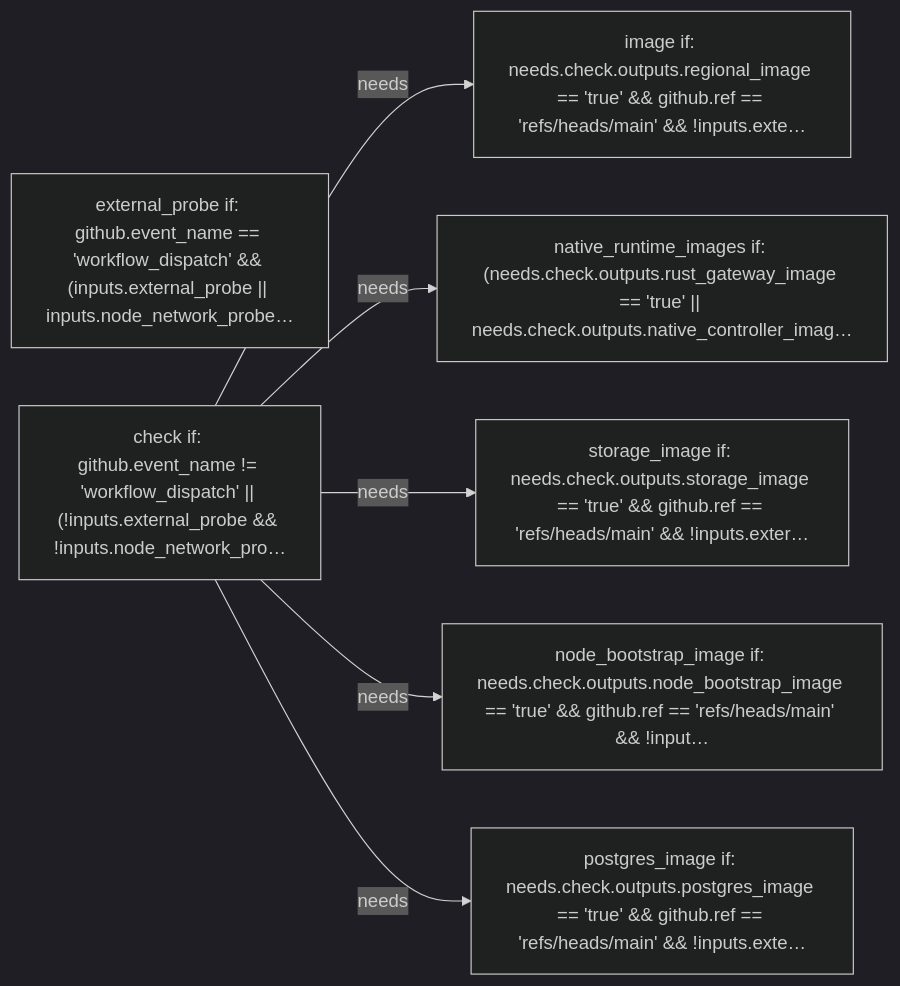
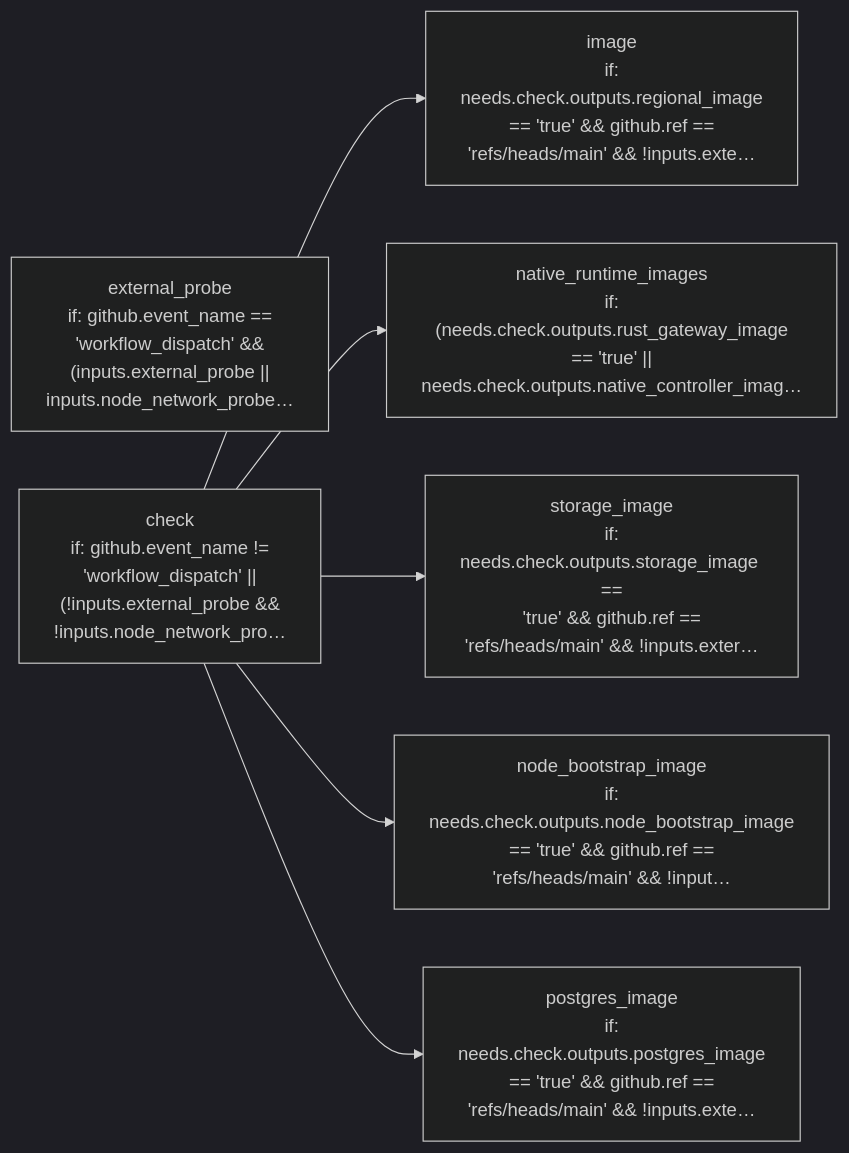
Before and after one commit to amerged-org/cloudflare-postgres: the diagram in docs/architecture/mermaider/ci-pipeline.mmd, drawn with Mermaid (dark theme). The commit also changed 15 other files, not shown here.

First line of the commit message:
docs: regenerate architecture diagrams with Mermaider 0.1.1

```diff
--- a/docs/architecture/mermaider/ci-pipeline.mmd
+++ b/docs/architecture/mermaider/ci-pipeline.mmd
@@ -1,13 +1,13 @@
 flowchart LR
-    n_e34ac7a1f534["node_bootstrap_image if: needs.check.outputs.node_bootstrap_image == 'true' #38;#38; github.ref == 'refs/heads/main' #38;#38; !input…"]
-    n_ae6278aee13d["image if: needs.check.outputs.regional_image == 'true' #38;#38; github.ref == 'refs/heads/main' #38;#38; !inputs.exte…"]
-    n_3cbfbc22e3a1["native_runtime_images if: (needs.check.outputs.rust_gateway_image == 'true' || needs.check.outputs.native_controller_imag…"]
-    n_d92200072b60["external_probe if: github.event_name == 'workflow_dispatch' #38;#38; (inputs.external_probe || inputs.node_network_probe…"]
-    n_58381b3e9536["check if: github.event_name != 'workflow_dispatch' || (!inputs.external_probe #38;#38; !inputs.node_network_pro…"]
-    n_0bd87febac77["storage_image if: needs.check.outputs.storage_image == 'true' #38;#38; github.ref == 'refs/heads/main' #38;#38; !inputs.exter…"]
-    n_89a17c1e5e49["postgres_image if: needs.check.outputs.postgres_image == 'true' #38;#38; github.ref == 'refs/heads/main' #38;#38; !inputs.exte…"]
-    n_58381b3e9536 -->|"needs"| n_ae6278aee13d
-    n_58381b3e9536 -->|"needs"| n_3cbfbc22e3a1
-    n_58381b3e9536 -->|"needs"| n_0bd87febac77
-    n_58381b3e9536 -->|"needs"| n_e34ac7a1f534
-    n_58381b3e9536 -->|"needs"| n_89a17c1e5e49
+    n_e34ac7a1f534["node_bootstrap_image<br/>if:<br/>needs.check.outputs.node_bootstrap_image<br/>== 'true' #38;#38; github.ref ==<br/>'refs/heads/main' #38;#38; !input…"]
+    n_ae6278aee13d["image<br/>if:<br/>needs.check.outputs.regional_image<br/>== 'true' #38;#38; github.ref ==<br/>'refs/heads/main' #38;#38; !inputs.exte…"]
+    n_3cbfbc22e3a1["native_runtime_images<br/>if:<br/>(needs.check.outputs.rust_gateway_image<br/>== 'true' ||<br/>needs.check.outputs.native_controller_imag…"]
+    n_d92200072b60["external_probe<br/>if: github.event_name ==<br/>'workflow_dispatch' #38;#38;<br/>(inputs.external_probe ||<br/>inputs.node_network_probe…"]
+    n_58381b3e9536["check<br/>if: github.event_name !=<br/>'workflow_dispatch' ||<br/>(!inputs.external_probe #38;#38;<br/>!inputs.node_network_pro…"]
+    n_0bd87febac77["storage_image<br/>if:<br/>needs.check.outputs.storage_image ==<br/>'true' #38;#38; github.ref ==<br/>'refs/heads/main' #38;#38; !inputs.exter…"]
+    n_89a17c1e5e49["postgres_image<br/>if:<br/>needs.check.outputs.postgres_image<br/>== 'true' #38;#38; github.ref ==<br/>'refs/heads/main' #38;#38; !inputs.exte…"]
+    n_58381b3e9536 --> n_ae6278aee13d
+    n_58381b3e9536 --> n_3cbfbc22e3a1
+    n_58381b3e9536 --> n_0bd87febac77
+    n_58381b3e9536 --> n_e34ac7a1f534
+    n_58381b3e9536 --> n_89a17c1e5e49
```
